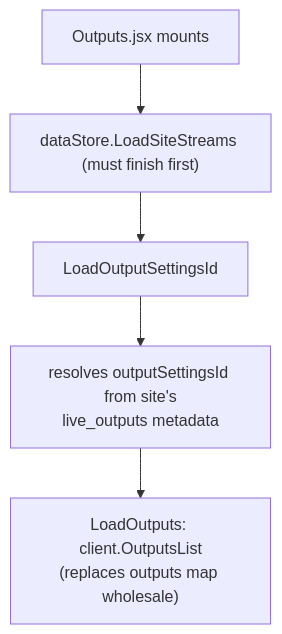
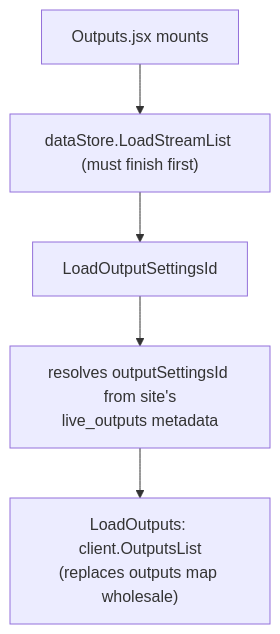
The first of 5 diagrams in docs/diagrams/output-lifecycle.md (eluv-io/elv-live-stream), drawn with Mermaid before and after one commit. The commit also changed other lines of this file and 61 other files, not shown here.

````diff
--- a/docs/diagrams/output-lifecycle.md
+++ b/docs/diagrams/output-lifecycle.md
@@ -7,7 +7,7 @@
 ```mermaid
 flowchart TD
-    A[Outputs.jsx mounts] --> B["dataStore.LoadSiteStreams (must finish first)"]
+    A[Outputs.jsx mounts] --> B["dataStore.LoadStreamList (must finish first)"]
     B --> C[LoadOutputSettingsId]
     C --> D["resolves outputSettingsId from site's<br/>live_outputs metadata"]
     D --> E["LoadOutputs: client.OutputsList<br/>(replaces outputs map wholesale)"]
 ```
````
